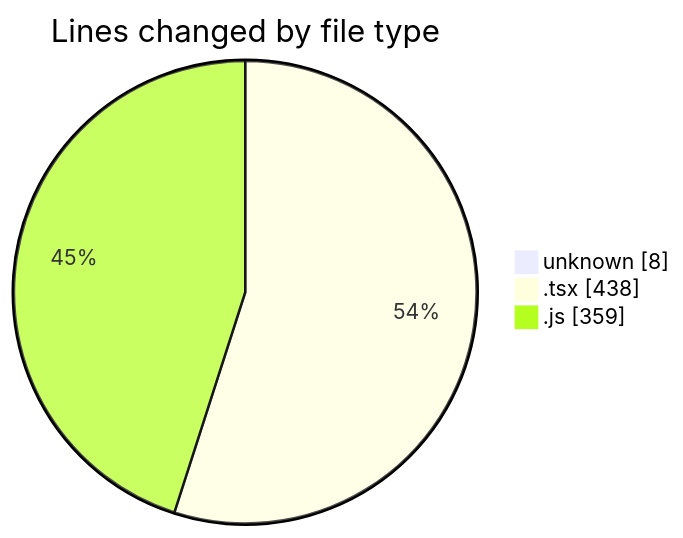
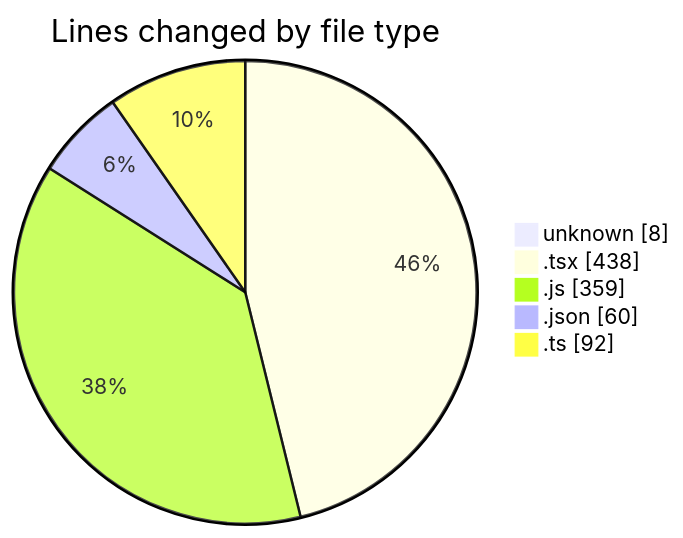
Before and after one commit to lephambinh05/code-tracking: the first of 2 diagrams in 2025-08-07/napxuvn/README.md, drawn with Mermaid. The commit also changed other lines of this file and 1 other file, not shown here.

````diff
--- a/2025-08-07/napxuvn/README.md
+++ b/2025-08-07/napxuvn/README.md
@@ -24,7 +31,9 @@
 ```mermaid
 pie showData
 title Lines changed by file type
 "unknown" : 8
 ".tsx" : 438
 ".js" : 359
+".json" : 60
+".ts" : 92
 ```
````
